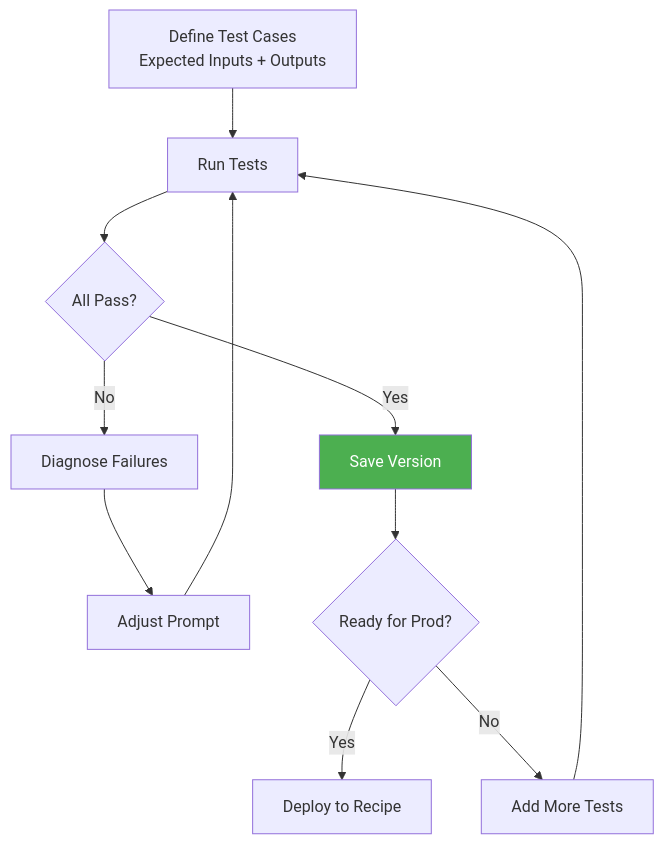
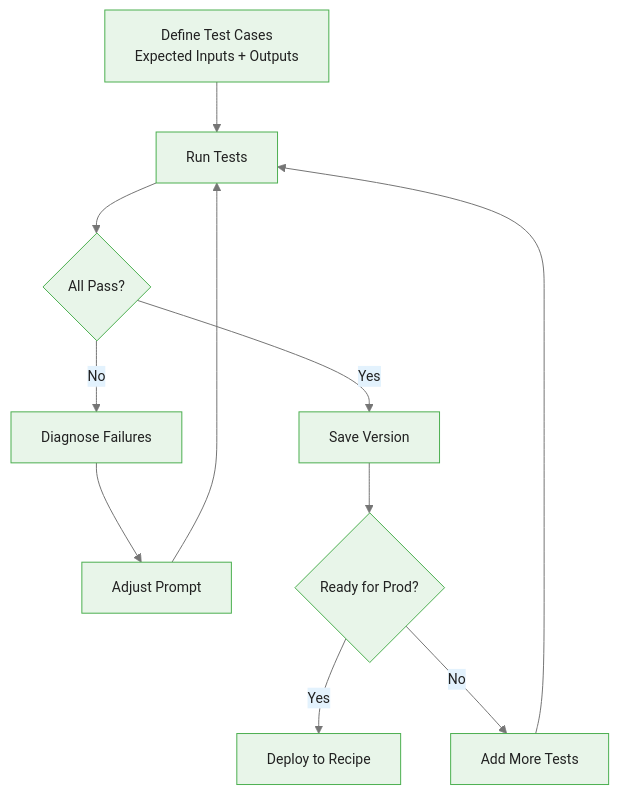
One commit to m-deane/course-creator changed the fifth of 6 diagrams in courses/dataiku-genai/modules/module_01_prompts/guides/01_prompt_studios_slides.md. Above: the diagram before and after it, drawn with Mermaid. The commit also changed other lines of this file and 54 other files, not shown here.

````diff
--- a/courses/dataiku-genai/modules/module_01_prompts/guides/01_prompt_studios_slides.md
+++ b/courses/dataiku-genai/modules/module_01_prompts/guides/01_prompt_studios_slides.md
@@ -295,15 +296,14 @@
 ```mermaid
+%%{init: {"theme": "base", "themeVariables": {"primaryColor": "#e8f5e9", "primaryBorderColor": "#4caf50", "primaryTextColor": "#212121", "secondaryColor": "#e3f2fd", "tertiaryColor": "#fff8e1", "lineColor": "#757575", "fontFamily": "Inter, sans-serif", "fontSize": "14px"}}}%%
 flowchart TD
     TC[Define Test Cases<br/>Expected Inputs + Outputs] --> RUN[Run Tests]
     RUN --> EVAL{All Pass?}
     EVAL -->|Yes| VER[Save Version]
     EVAL -->|No| DIAG[Diagnose Failures]
     DIAG --> FIX[Adjust Prompt]
     FIX --> RUN
     VER --> DEP{Ready for Prod?}
     DEP -->|Yes| DEPLOY[Deploy to Recipe]
     DEP -->|No| MORE[Add More Tests]
     MORE --> RUN
-
-    style VER fill:#4CAF50,color:#fff
 ```
````
